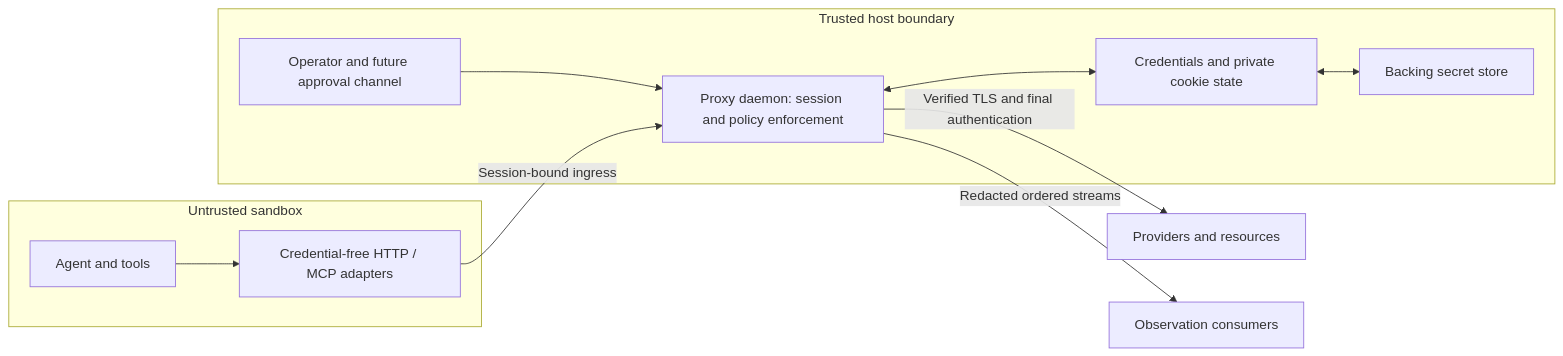
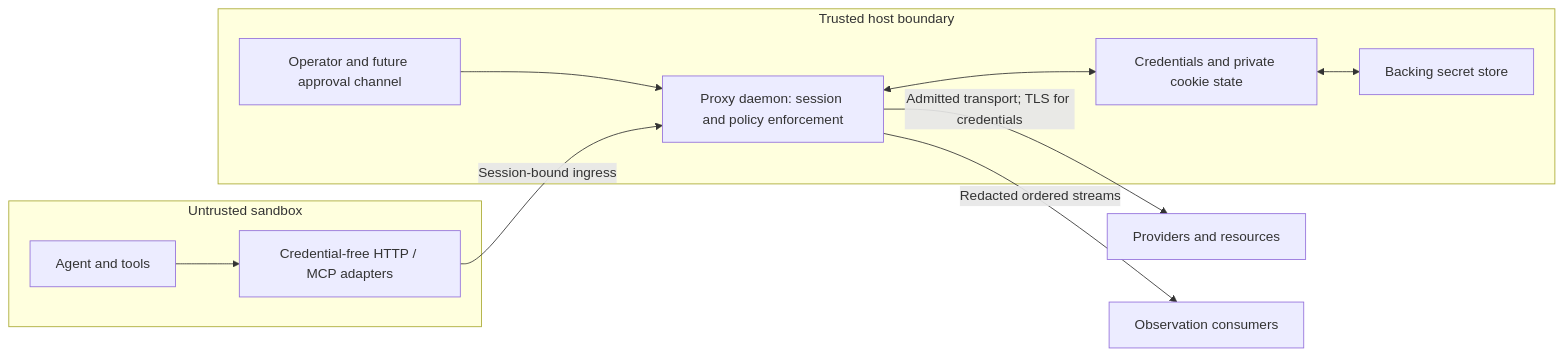
Before and after one commit to tnull/agent-auth-proxy: the diagram in plan/architecture.md, drawn with Mermaid. The commit also changed other lines of this file and 8 other files, not shown here.

````diff
--- a/plan/architecture.md
+++ b/plan/architecture.md
@@ -35,20 +35,20 @@
 ```mermaid
 flowchart LR
     subgraph U[Untrusted sandbox]
         A[Agent and tools]
         C[Credential-free HTTP / MCP adapters]
         A --> C
     end
     subgraph T[Trusted host boundary]
         P[Proxy daemon: session and policy enforcement]
         K[Credentials and private cookie state]
         S[Backing secret store]
         O[Operator and future approval channel]
         P <--> K
         K <--> S
         O --> P
     end
     C -->|Session-bound ingress| P
-    P -->|Verified TLS and final authentication| R[Providers and resources]
+    P -->|Admitted transport; TLS for credentials| R[Providers and resources]
     P -->|Redacted ordered streams| E[Observation consumers]
 ```
````
